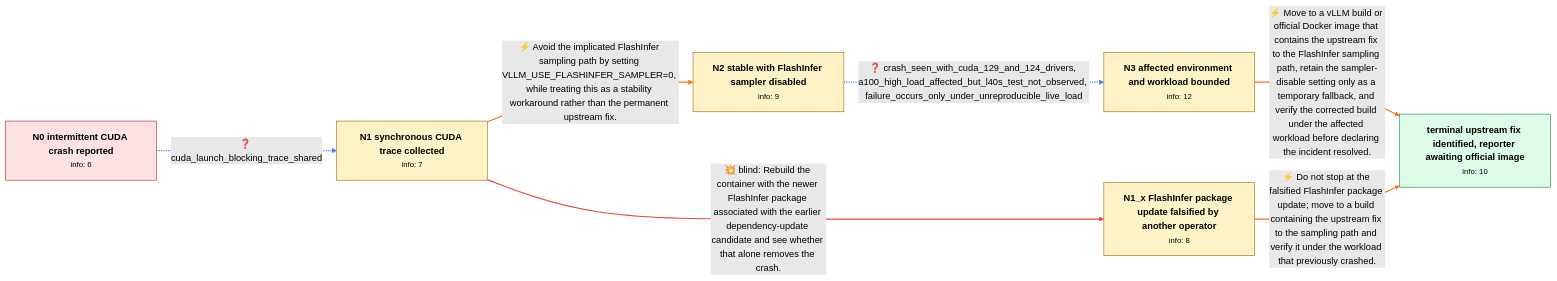
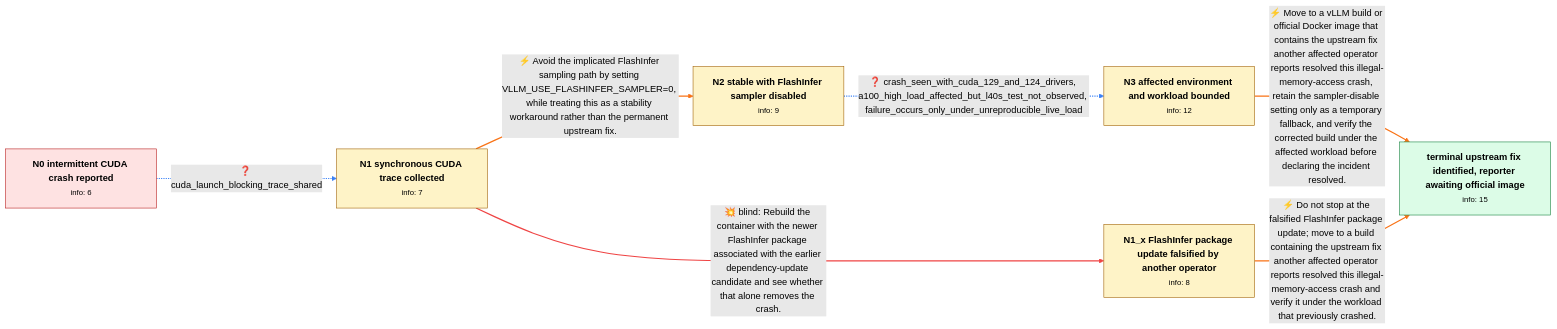
The diagram in data/github_v0/review/gh_vllm-project_vllm_19483.md (Chaoyi-He1/graph_bench), drawn with Mermaid (forest theme) before and after one commit. The commit also changed other lines of this file and 334 other files, not shown here.

````diff
--- a/data/github_v0/review/gh_vllm-project_vllm_19483.md
+++ b/data/github_v0/review/gh_vllm-project_vllm_19483.md
@@ -10,30 +10,30 @@
 ```mermaid
 flowchart LR
     N0["<b>N0 intermittent CUDA crash reported</b><br/><small>info: 6</small>"]
     N1["<b>N1 synchronous CUDA trace collected</b><br/><small>info: 7</small>"]
     N1_x["<b>N1_x FlashInfer package update falsified by another operator</b><br/><small>info: 8</small>"]
     N2["<b>N2 stable with FlashInfer sampler disabled</b><br/><small>info: 9</small>"]
     N3["<b>N3 affected environment and workload bounded</b><br/><small>info: 12</small>"]
-    N_terminal["<b>terminal upstream fix identified, reporter awaiting official image</b><br/><small>info: 10</small>"]
+    N_terminal["<b>terminal upstream fix identified, reporter awaiting official image</b><br/><small>info: 15</small>"]
     N0 -.->|"❓ cuda_launch_blocking_trace_shared"| N1
     linkStyle 0 stroke:#3b82f6,stroke-width:2px
     N1 ==>|"⚡ Avoid the implicated FlashInfer sampling path by setting VLLM_USE_FLASHINFER_SAMPLER=0, while treating this as a stability workaround rather than the permanent upstream fix."| N2
     linkStyle 1 stroke:#f97316,stroke-width:2px
     N1 ==>|"💥 blind: Rebuild the container with the newer FlashInfer package associated with the earlier dependency-update candidate and see whether that alone removes the crash."| N1_x
     linkStyle 2 stroke:#ef4444,stroke-width:2px
     N2 -.->|"❓ crash_seen_with_cuda_129_and_124_drivers, a100_high_load_affected_but_l40s_test_not_observed, failure_occurs_only_under_unreproducible_live_load"| N3
     linkStyle 3 stroke:#3b82f6,stroke-width:2px
-    N3 ==>|"⚡ Move to a vLLM build or official Docker image that contains the upstream fix to the FlashInfer sampling path, retain the sampler-disable setting only as a temporary fallback, and verify the corrected build under the affected workload before declaring the incident resolved."| N_terminal
+    N3 ==>|"⚡ Move to a vLLM build or official Docker image that contains the upstream fix another affected operator reports resolved this illegal-memory-access crash, retain the sampler-disable setting only as a temporary fallback, and verify the corrected build under the affected workload before declaring the incident resolved."| N_terminal
     linkStyle 4 stroke:#f97316,stroke-width:2px
-    N1_x ==>|"⚡ Do not stop at the falsified FlashInfer package update; move to a build containing the upstream fix to the sampling path and verify it under the workload that previously crashed."| N_terminal
+    N1_x ==>|"⚡ Do not stop at the falsified FlashInfer package update; move to a build containing the upstream fix another affected operator reports resolved this illegal-memory-access crash and verify it under the workload that previously crashed."| N_terminal
     linkStyle 5 stroke:#f97316,stroke-width:2px
     class N0 start
     class N1 normal
     class N1_x normal
     class N2 normal
     class N3 normal
     class N_terminal terminal
     classDef start fill:#fee2e2,stroke:#b91c1c,color:#000
     classDef terminal fill:#dcfce7,stroke:#15803d,color:#000
     classDef normal fill:#fef3c7,stroke:#a16207,color:#000
 ```
````
